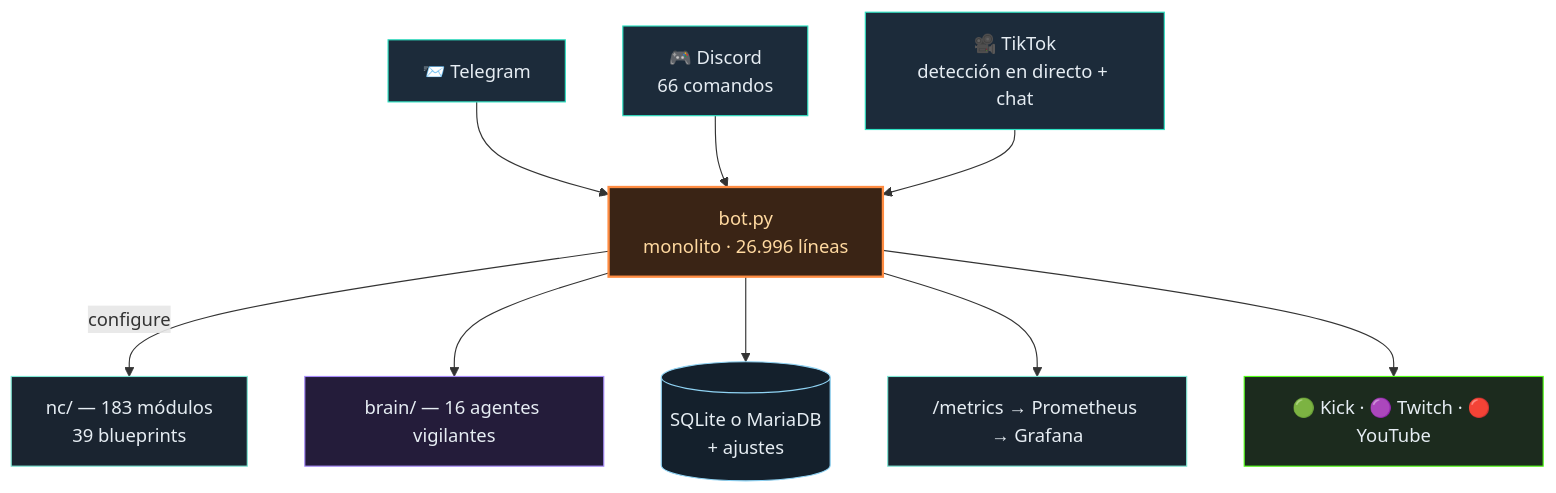
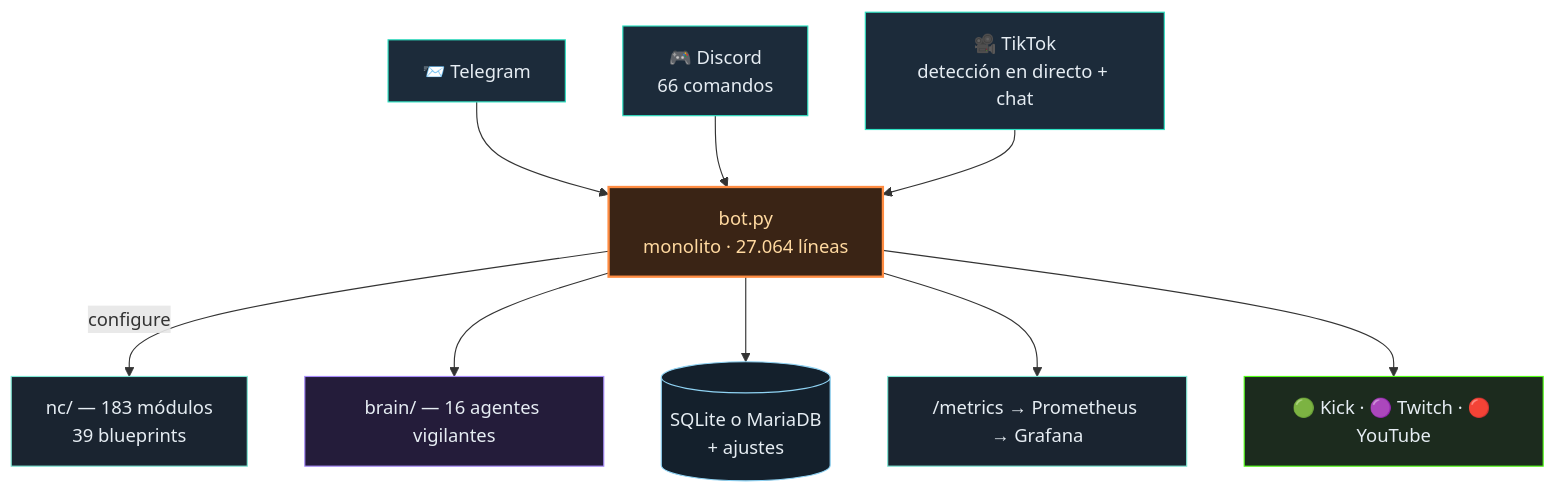
Before and after one commit to itsamemedev/Telegram-Stream-Info-Bot: the diagram in README.es.md, drawn with Mermaid. The commit also changed other lines of this file and 17 other files, not shown here.

````diff
--- a/README.es.md
+++ b/README.es.md
@@ -64,18 +64,18 @@
 ```mermaid
 flowchart TB
     TG["📨 Telegram"]:::ein --> BOT
     DC["🎮 Discord<br/>66 comandos"]:::ein --> BOT
     TT["🎥 TikTok<br/>detección en directo + chat"]:::ein --> BOT
-    BOT["bot.py<br/>monolito · 26.996 líneas"]:::core
+    BOT["bot.py<br/>monolito · 27.064 líneas"]:::core
     BOT -->|configure| NC["nc/ — 183 módulos<br/>39 blueprints"]:::lib
     BOT --> BRAIN["brain/ — 16 agentes vigilantes"]:::brain
     BOT --> DB[("SQLite o MariaDB<br/>+ ajustes")]:::db
     BOT --> PROM["/metrics → Prometheus → Grafana"]:::lib
     BOT --> OUT["🟢 Kick · 🟣 Twitch · 🔴 YouTube"]:::out
     classDef ein fill:#1c2b3a,stroke:#2de1c2,color:#e6edf3
     classDef core fill:#3a2415,stroke:#ff8c42,stroke-width:2px,color:#ffd9a0
     classDef lib fill:#1a2430,stroke:#7fe7d4,color:#e6edf3
     classDef brain fill:#241c3a,stroke:#a78bfa,color:#e6edf3
     classDef db fill:#14202c,stroke:#8fd3f4,color:#e6edf3
     classDef out fill:#1c2b1e,stroke:#53fc18,color:#e6edf3
 ```
````
